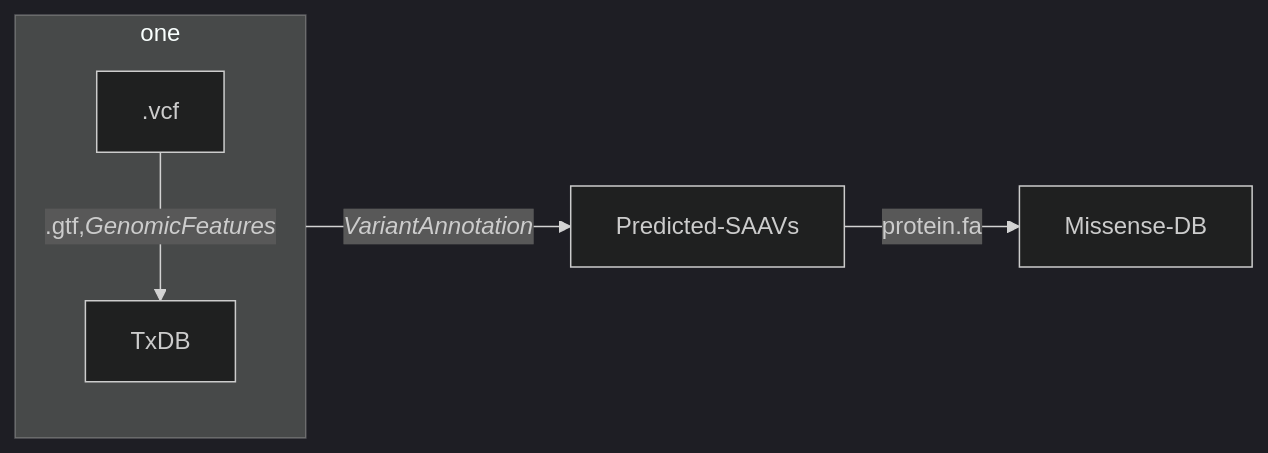
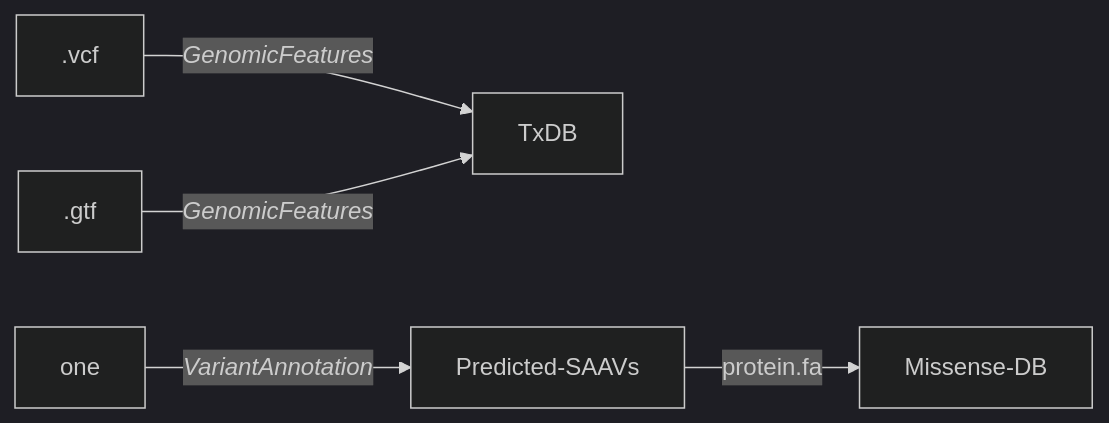
The diagram in README.md (hdesai17/chemoproteogenomics), drawn with Mermaid (dark theme) before and after one commit.

````diff
--- a/README.md
+++ b/README.md
@@ -19,9 +19,10 @@
 ```mermaid
 
 flowchart LR;
-   subgraph one
-   .vcf-->|.gtf,<i>GenomicFeatures<i>|TxDB
-   end
+
+   .vcf-->|<i>GenomicFeatures<i>|TxDB
+   .gtf-->|<i>GenomicFeatures<i>|TxDB
+   
    one-->|<i>VariantAnnotation<i>|Predicted-SAAVs
    Predicted-SAAVs-->|protein.fa|Missense-DB;
 ```
````
